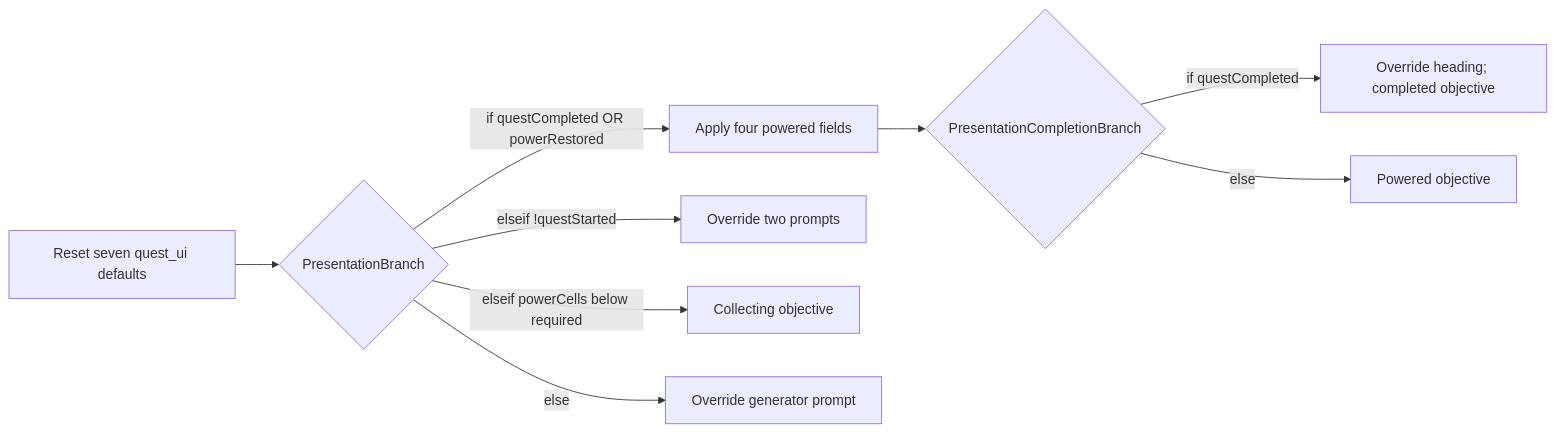
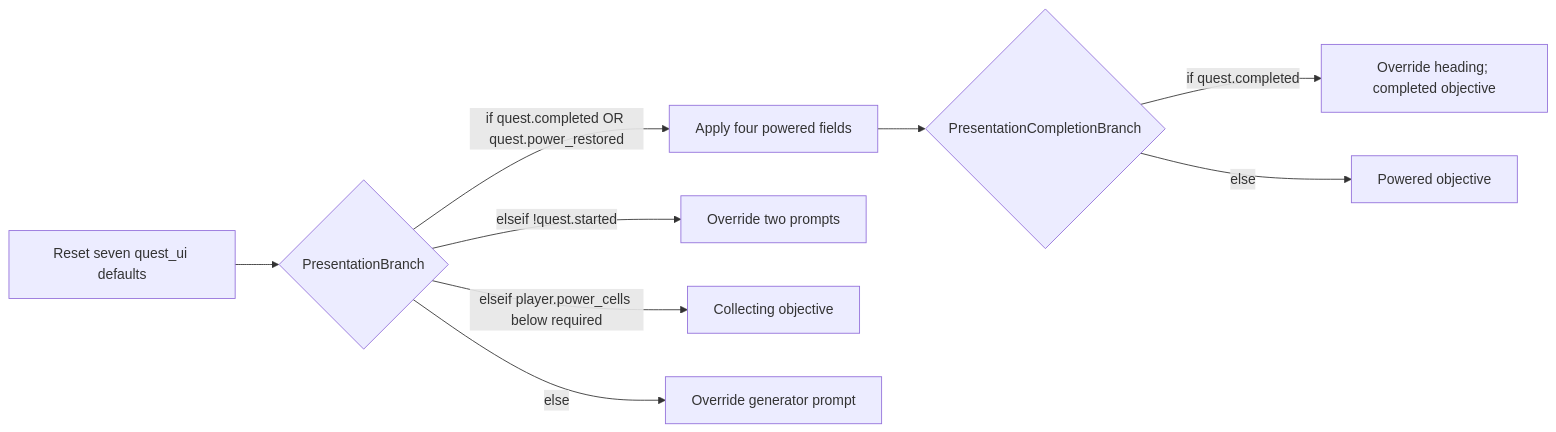
The second of 2 diagrams in docs/narrative.md (arcweave/arcweave-unreal-quest-example), drawn with Mermaid before and after one commit. The commit also changed other lines of this file and 14 other files, not shown here.

Commit message:
refactor: scope quest state to Player and Quest components

````diff
--- a/docs/narrative.md
+++ b/docs/narrative.md
@@ -108,11 +130,11 @@
 ```mermaid
 flowchart LR
     Entry[Reset seven quest_ui defaults] --> Main{PresentationBranch}
-    Main -->|if questCompleted OR powerRestored| Setup[Apply four powered fields]
-    Main -->|elseif !questStarted| Unaccepted[Override two prompts]
-    Main -->|elseif powerCells below required| Collecting[Collecting objective]
+    Main -->|if quest.completed OR quest.power_restored| Setup[Apply four powered fields]
+    Main -->|elseif !quest.started| Unaccepted[Override two prompts]
+    Main -->|elseif player.power_cells below required| Collecting[Collecting objective]
     Main -->|else| Ready[Override generator prompt]
     Setup --> Completion{PresentationCompletionBranch}
-    Completion -->|if questCompleted| Completed[Override heading; completed objective]
+    Completion -->|if quest.completed| Completed[Override heading; completed objective]
     Completion -->|else| Powered[Powered objective]
 ```
````
